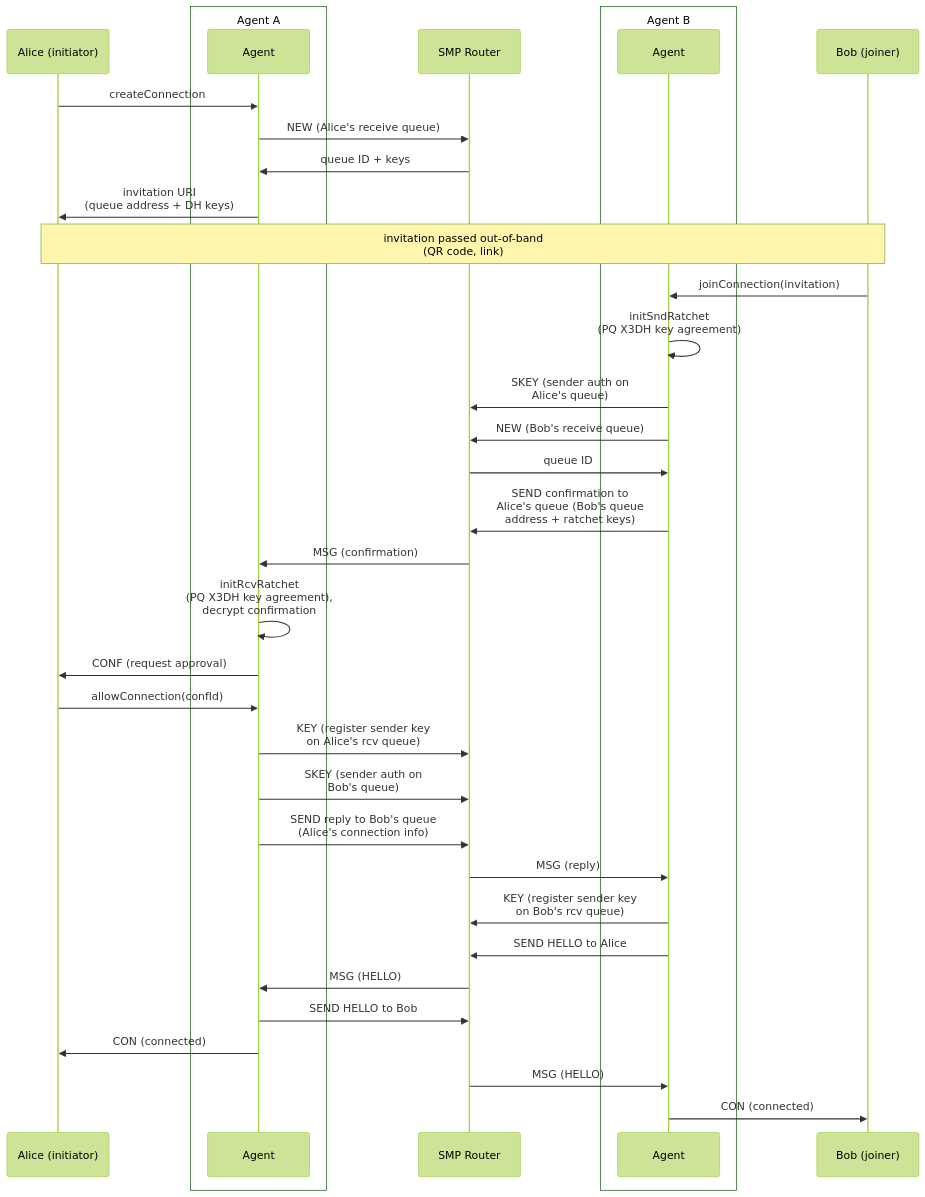
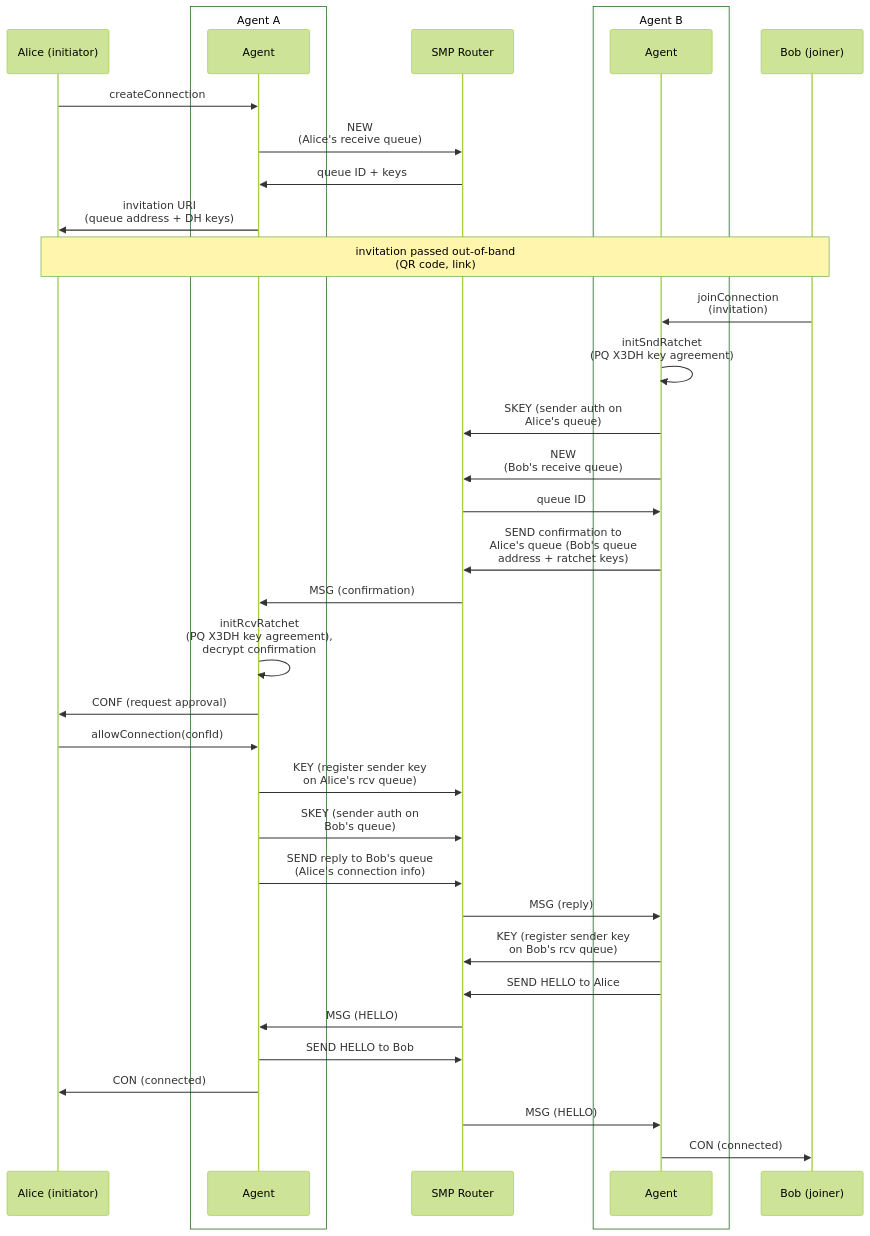
One commit to simplex-chat/simplexmq changed the third of 4 diagrams in spec/agent.md. Above: the diagram before and after it, drawn with Mermaid (forest theme). The commit also changed other lines of this file, not shown here.

Commit message:
sequence diagrams layout

````diff
--- a/spec/agent.md
+++ b/spec/agent.md
@@ -85,49 +85,49 @@
 ```mermaid
 sequenceDiagram
     participant A as Alice (initiator)
 
     box Agent A
         participant AA as Agent
     end
 
     participant SMP as SMP Router
 
     box Agent B
         participant AB as Agent
     end
 
     participant B as Bob (joiner)
 
     A->>AA: createConnection
-    AA->>SMP: NEW (Alice's receive queue)
+    AA->>SMP: NEW<br>(Alice's receive queue)
     SMP->>AA: queue ID + keys
     AA->>A: invitation URI<br>(queue address + DH keys)
 
     Note over A,B: invitation passed out-of-band<br>(QR code, link)
 
-    B->>AB: joinConnection(invitation)
+    B->>AB: joinConnection<br>(invitation)
     AB->>AB: initSndRatchet<br>(PQ X3DH key agreement)
     AB->>SMP: SKEY (sender auth on<br>Alice's queue)
-    AB->>SMP: NEW (Bob's receive queue)
+    AB->>SMP: NEW<br>(Bob's receive queue)
     SMP->>AB: queue ID
     AB->>SMP: SEND confirmation to<br>Alice's queue (Bob's queue<br>address + ratchet keys)
 
     SMP->>AA: MSG (confirmation)
     AA->>AA: initRcvRatchet<br>(PQ X3DH key agreement),<br>decrypt confirmation
     AA->>A: CONF (request approval)
     A->>AA: allowConnection(confId)
     AA->>SMP: KEY (register sender key<br>on Alice's rcv queue)
     AA->>SMP: SKEY (sender auth on<br>Bob's queue)
     AA->>SMP: SEND reply to Bob's queue<br>(Alice's connection info)
 
     SMP->>AB: MSG (reply)
     AB->>SMP: KEY (register sender key<br>on Bob's rcv queue)
     AB->>SMP: SEND HELLO to Alice
 
     SMP->>AA: MSG (HELLO)
     AA->>SMP: SEND HELLO to Bob
     AA->>A: CON (connected)
 
     SMP->>AB: MSG (HELLO)
     AB->>B: CON (connected)
 ```
````
